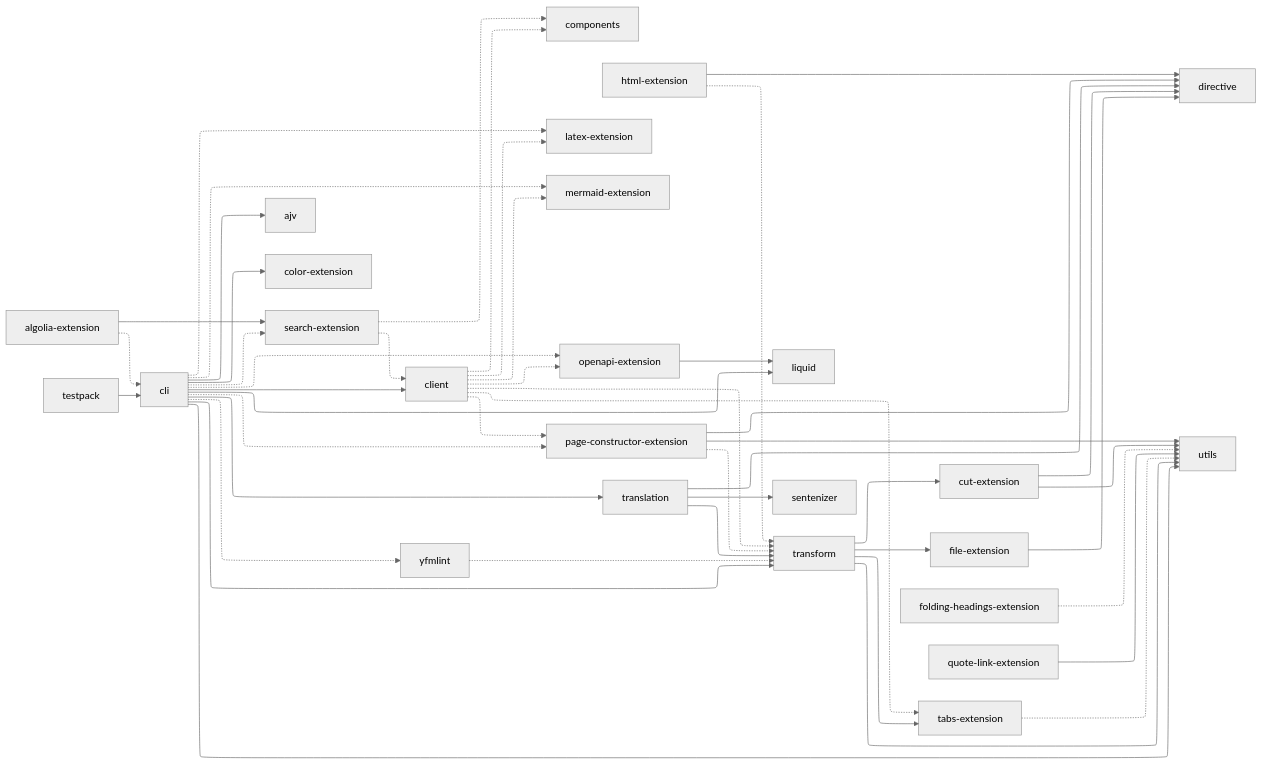
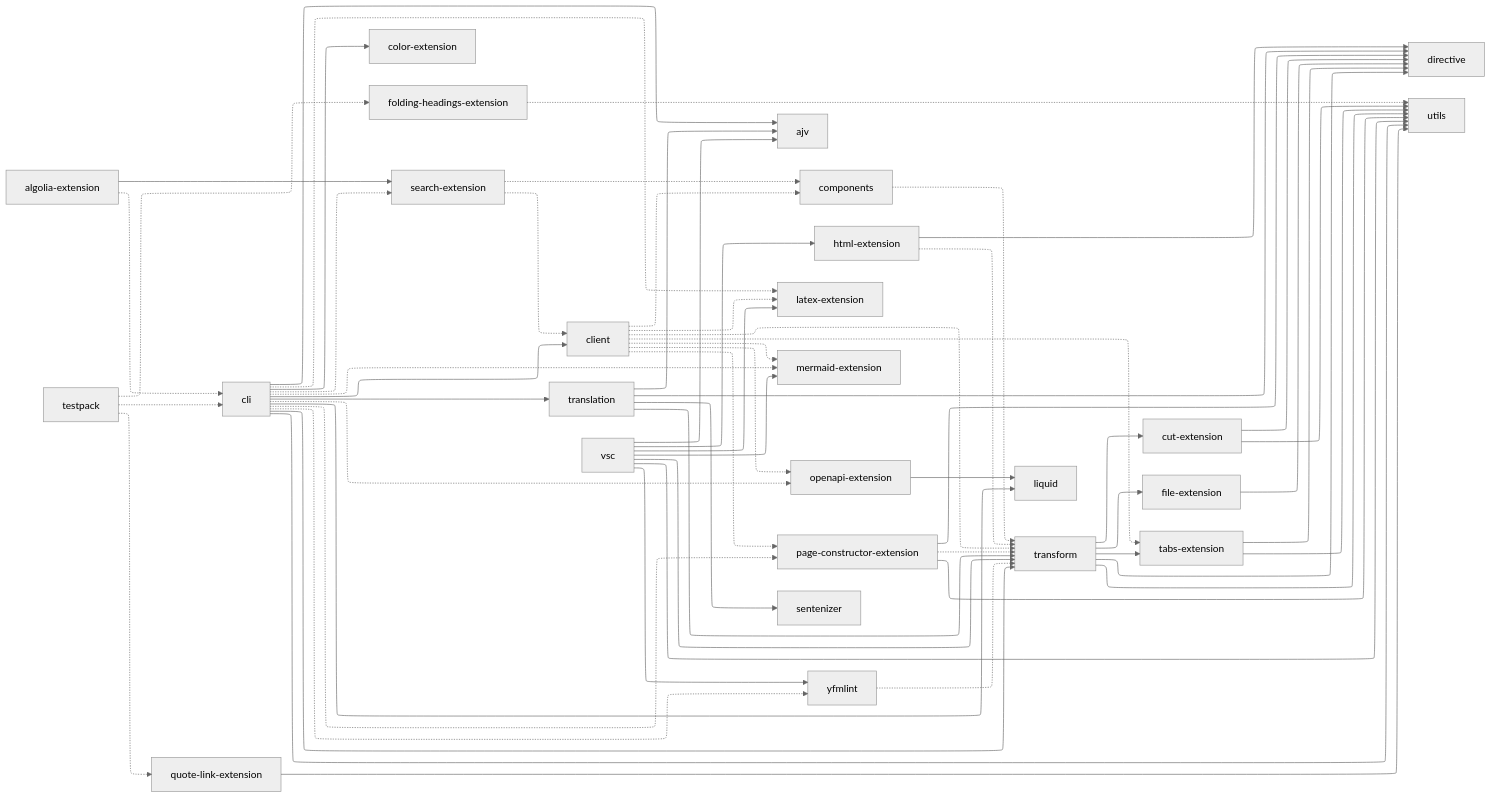
One commit to diplodoc-platform/diplodoc changed the diagram in PULSE.md. Above: the diagram before and after it, drawn with Mermaid (neutral theme). The commit also changed other lines of this file and 5 other files, not shown here.

````diff
--- a/PULSE.md
+++ b/PULSE.md
@@ -100,6 +101,7 @@
   transform["transform"]
   translation["translation"]
   utils["utils"]
+  vsc["vsc"]
   yfmlint["yfmlint"]
   algolia-extension -.-> cli
   algolia-extension --> search-extension
@@ -123,6 +125,7 @@
   client -.-> page-constructor-extension
   client -.-> tabs-extension
   client -.-> transform
+  components -.-> transform
   cut-extension --> directive
   cut-extension --> utils
   file-extension --> directive
@@ -136,15 +139,27 @@
   quote-link-extension --> utils
   search-extension -.-> client
   search-extension -.-> components
-  tabs-extension -.-> utils
-  testpack --> cli
+  tabs-extension --> directive
+  tabs-extension --> utils
+  testpack -.-> cli
+  testpack -.-> folding-headings-extension
+  testpack -.-> quote-link-extension
   transform --> cut-extension
+  transform --> directive
   transform --> file-extension
   transform --> tabs-extension
   transform --> utils
+  translation --> ajv
   translation --> directive
   translation --> sentenizer
   translation --> transform
+  vsc --> ajv
+  vsc --> html-extension
+  vsc --> latex-extension
+  vsc --> mermaid-extension
+  vsc --> transform
+  vsc --> utils
+  vsc --> yfmlint
   yfmlint -.-> transform
   click ajv href "https://github.com/diplodoc-platform/ajv"
   click algolia-extension href "https://github.com/diplodoc-platform/algolia-extension"
@@ -170,5 +185,6 @@
   click transform href "https://github.com/diplodoc-platform/transform"
   click translation href "https://github.com/diplodoc-platform/translation"
   click utils href "https://github.com/diplodoc-platform/utils"
+  click vsc href "https://github.com/diplodoc-platform/vsc"
   click yfmlint href "https://github.com/diplodoc-platform/yfmlint"
 ```
````
